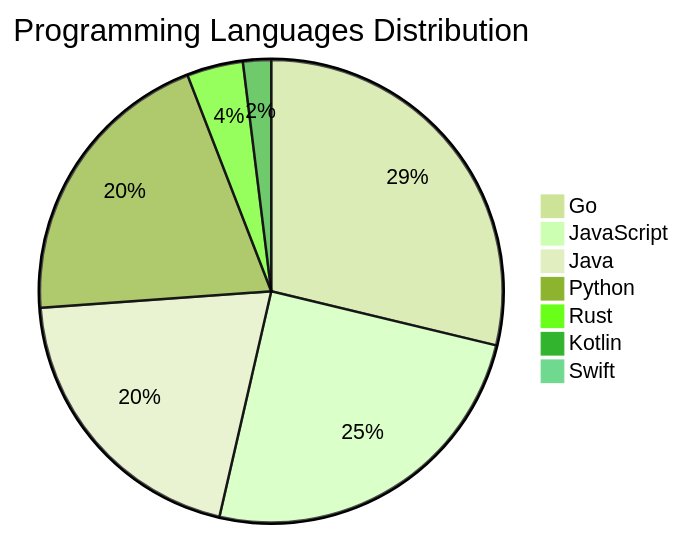
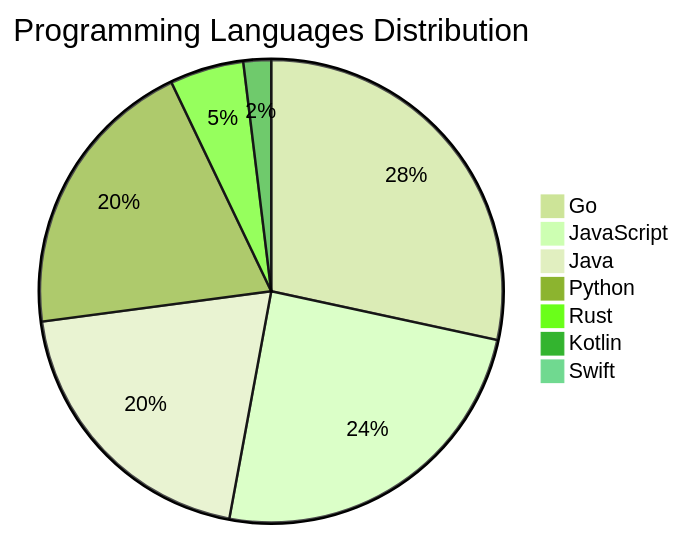
Before and after one commit to Derrick-MUGISHA/github-activity-bot: the diagram in README.md, drawn with Mermaid (forest theme). The commit also changed other lines of this file and 4 other files, not shown here.

````diff
--- a/README.md
+++ b/README.md
@@ -207,10 +207,10 @@
 ```mermaid
 pie title Programming Languages Distribution
     "Go" : 44
     "JavaScript" : 38
     "Java" : 31
     "Python" : 31
-    "Rust" : 6
+    "Rust" : 8
     "Kotlin" : 3
     "Swift" : 1
 ```
````
